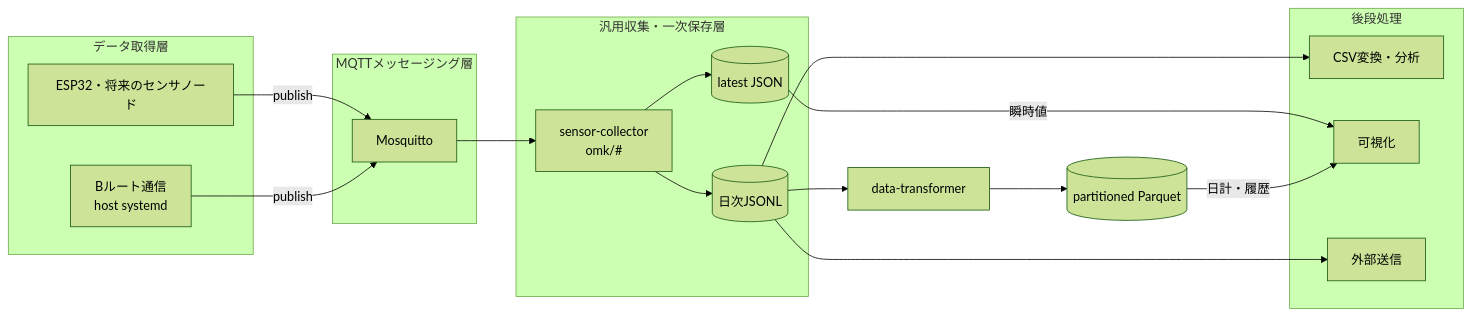
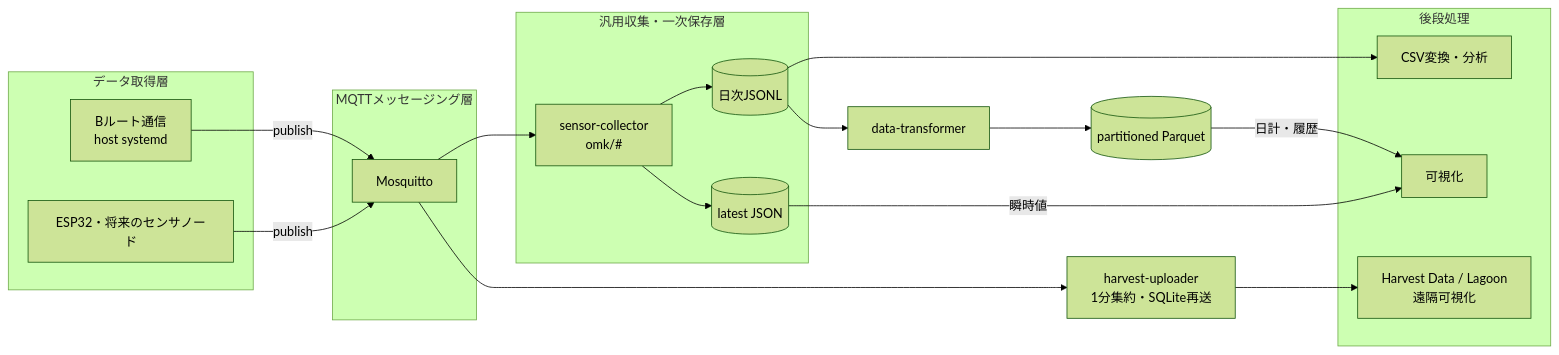
The second of 2 diagrams in docs/architecture.md (shattori-criepi/omk), drawn with Mermaid (forest theme) before and after one commit. The commit also changed other lines of this file and 15 other files, not shown here.

Commit message:
Add SORACOM Harvest uploader service

````diff
--- a/docs/architecture.md
+++ b/docs/architecture.md
@@ -91,30 +91,31 @@
 ```mermaid
 flowchart LR
     subgraph Acquisition[データ取得層]
         ESP[ESP32・将来のセンサノード]
         BR[Bルート通信<br/>host systemd]
     end
     subgraph Messaging[MQTTメッセージング層]
         MQ[Mosquitto]
     end
     subgraph Collection[汎用収集・一次保存層]
         COL[sensor-collector<br/>omk/#]
         JSONL[(日次JSONL)]
         LATEST[(latest JSON)]
     end
     subgraph Downstream[後段処理]
         CSV[CSV変換・分析]
         VIEW[可視化]
         SEND[外部送信]
     end
     ESP -->|publish| MQ
     BR -->|publish| MQ
     MQ --> COL --> JSONL
     COL --> LATEST
     JSONL --> TRANSFORM[data-transformer]
     TRANSFORM --> PARQUET[(partitioned Parquet)]
     JSONL --> CSV
     LATEST -->|瞬時値| VIEW
     PARQUET -->|日計・履歴| VIEW
-    JSONL --> SEND
+    MQ --> HARVEST[harvest-uploader<br/>1分集約・SQLite再送]
+    HARVEST --> SEND[Harvest Data / Lagoon<br/>遠隔可視化]
 ```
````
